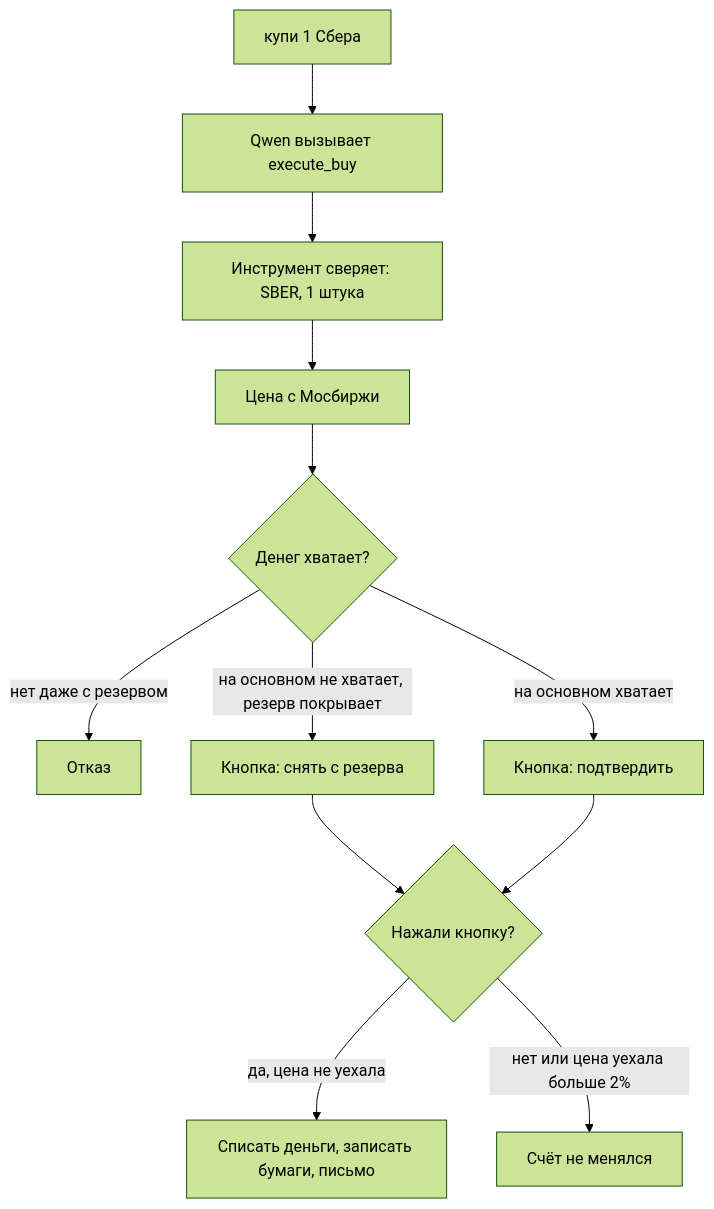
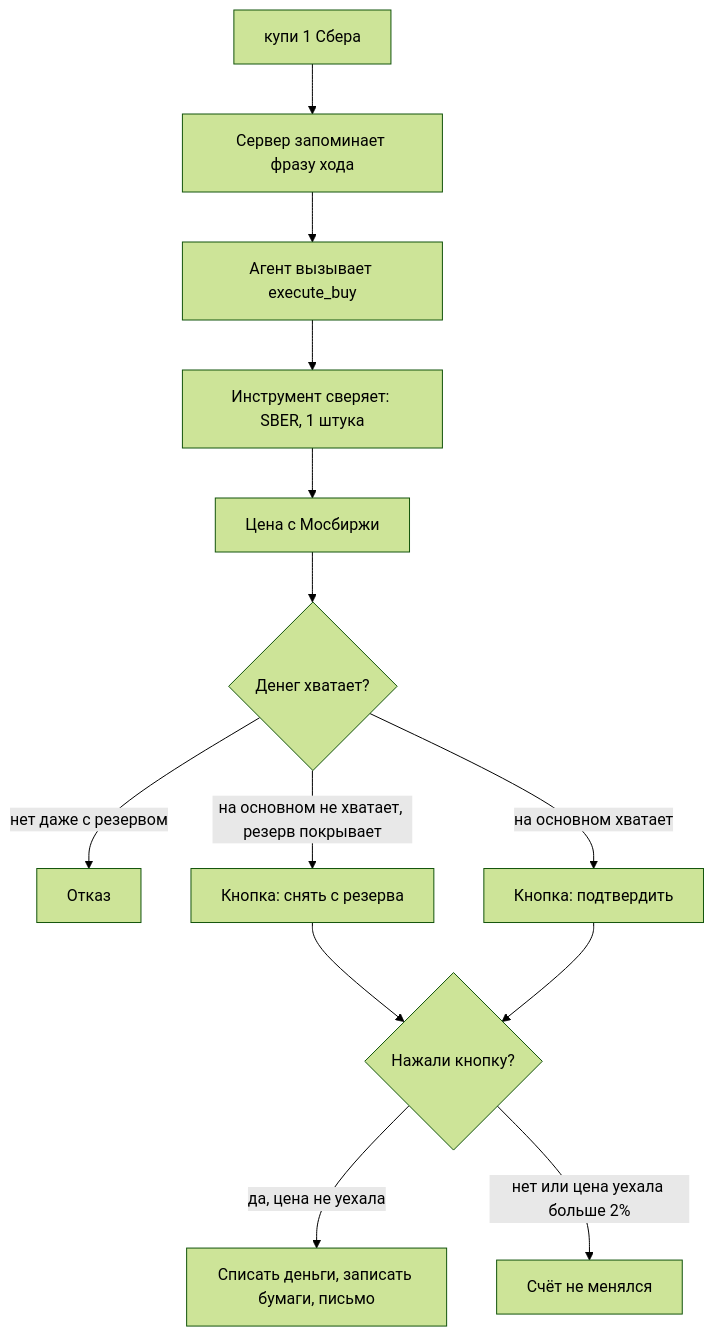
Before and after one commit to truchekaterina/mlsecops_agent: the third of 10 diagrams in docs/АРХИТЕКТУРА_КОНВЕЙЕРА.md, drawn with Mermaid (forest theme). The commit also changed other lines of this file and 30 other files, not shown here.

````diff
--- a/docs/АРХИТЕКТУРА_КОНВЕЙЕРА.md
+++ b/docs/АРХИТЕКТУРА_КОНВЕЙЕРА.md
@@ -77,14 +88,15 @@
 ```mermaid
 flowchart TD
-    A["купи 1 Сбера"] --> Q[Qwen вызывает execute_buy]
+    A["купи 1 Сбера"] --> M[Сервер запоминает фразу хода]
+    M --> Q[Агент вызывает execute_buy]
     Q --> B[Инструмент сверяет: SBER, 1 штука]
     B --> C[Цена с Мосбиржи]
     C --> D{Денег хватает?}
     D -->|нет даже с резервом| E[Отказ]
     D -->|на основном не хватает, резерв покрывает| F[Кнопка: снять с резерва]
     D -->|на основном хватает| G[Кнопка: подтвердить]
     F --> H{Нажали кнопку?}
     G --> H
     H -->|да, цена не уехала| I[Списать деньги, записать бумаги, письмо]
     H -->|нет или цена уехала больше 2%| J[Счёт не менялся]
 ```
````
